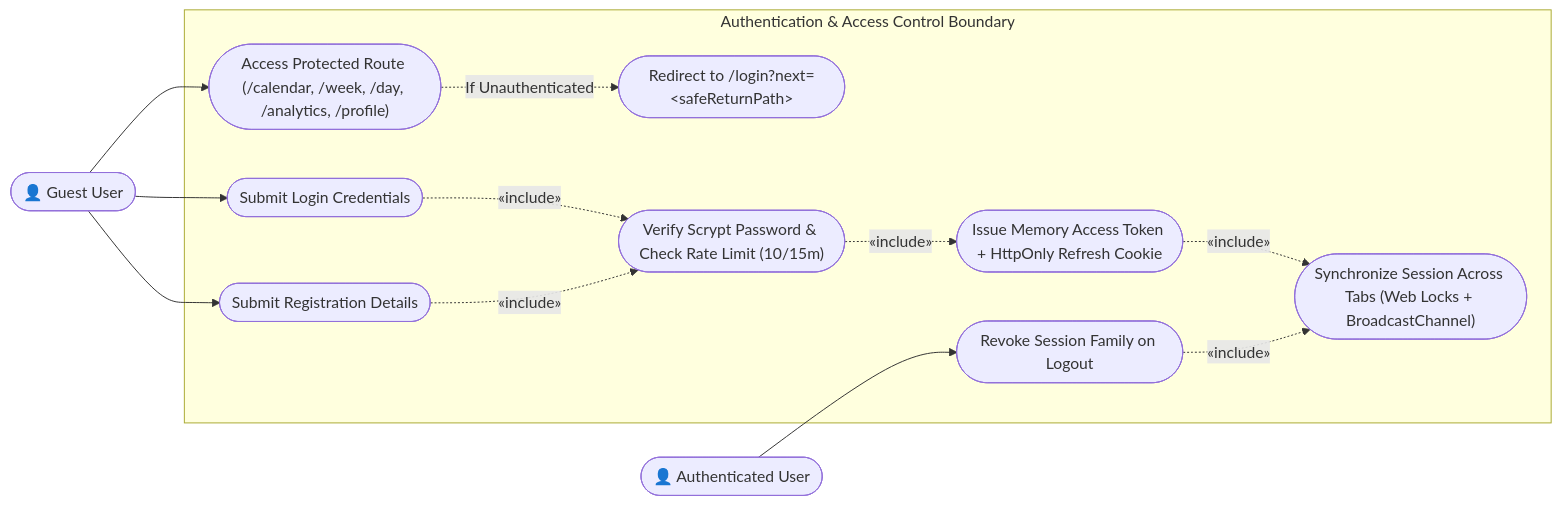
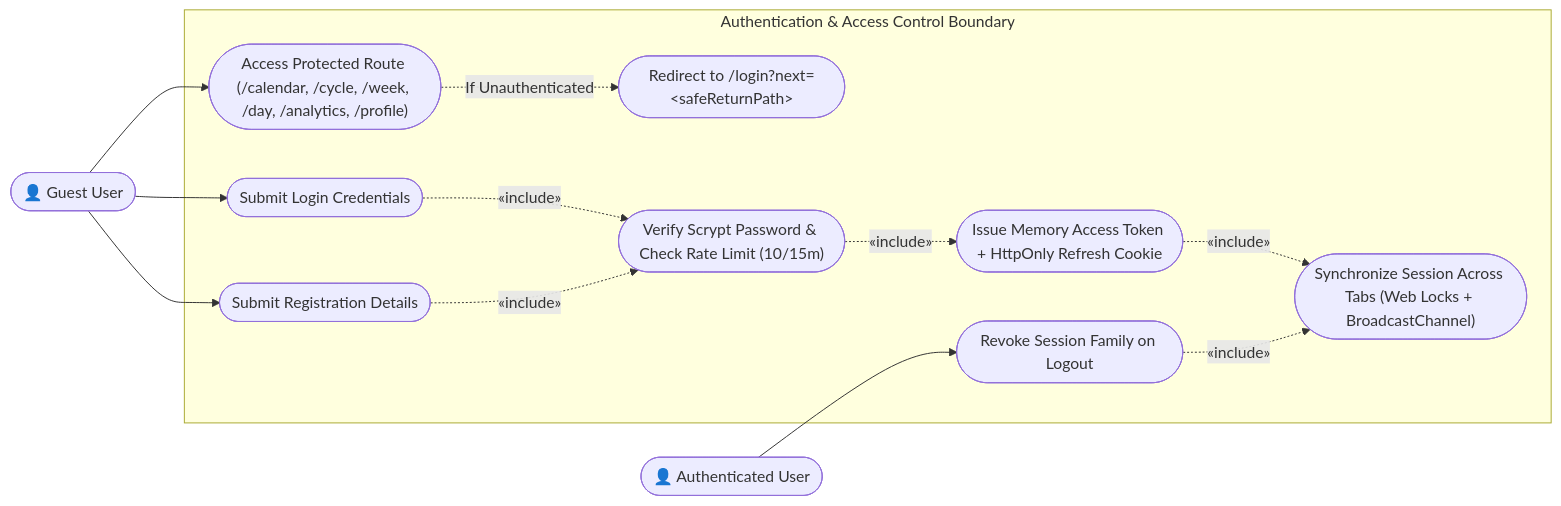
Before and after one commit to nnminh-sam/my_finance: the second of 5 diagrams in docs/06-use-case-diagrams.md, drawn with Mermaid. The commit also changed other lines of this file and 27 other files, not shown here.

First line of the commit message:
docs: sync architecture docs with salary cycle, date-range loading, and current layout

````diff
--- a/docs/06-use-case-diagrams.md
+++ b/docs/06-use-case-diagrams.md
@@ -76,25 +83,25 @@
 ```mermaid
 flowchart LR
     Guest(["👤 Guest User"])
     User(["👤 Authenticated User"])
 
     subgraph AuthBoundary["Authentication & Access Control Boundary"]
-        A1(["Access Protected Route (/calendar, /week, /day, /analytics, /profile)"])
+        A1(["Access Protected Route (/calendar, /cycle, /week, /day, /analytics, /profile)"])
         A2(["Redirect to /login?next=#lt;safeReturnPath#gt;"])
         A3(["Submit Login Credentials"])
         A4(["Submit Registration Details"])
         A5(["Verify Scrypt Password & Check Rate Limit (10/15m)"])
         A6(["Issue Memory Access Token + HttpOnly Refresh Cookie"])
         A7(["Synchronize Session Across Tabs (Web Locks + BroadcastChannel)"])
         A8(["Revoke Session Family on Logout"])
     end
 
     Guest --> A1
     A1 -.->|"If Unauthenticated"| A2
     Guest --> A3 & A4
     A3 & A4 -.->|"«include»"| A5
     A5 -.->|"«include»"| A6
     A6 -.->|"«include»"| A7
     User --> A8
     A8 -.->|"«include»"| A7
 ```
````
